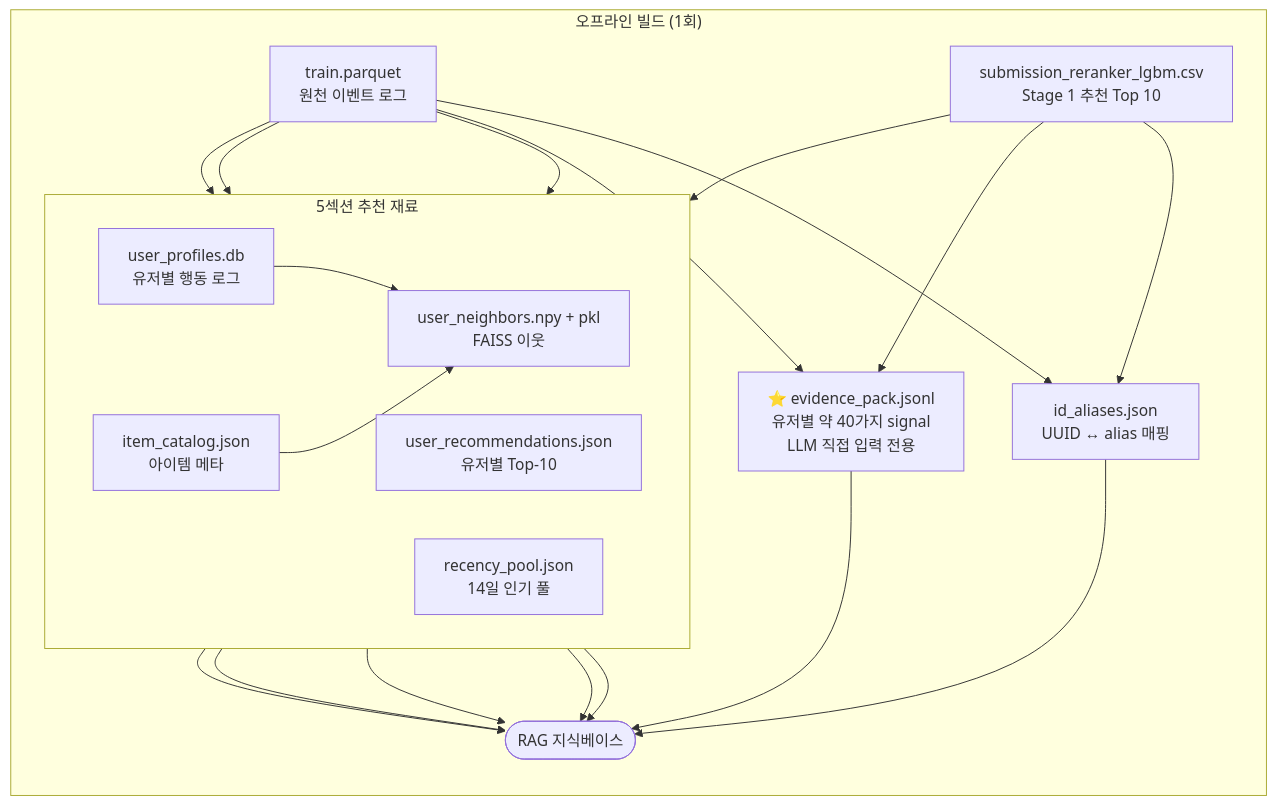
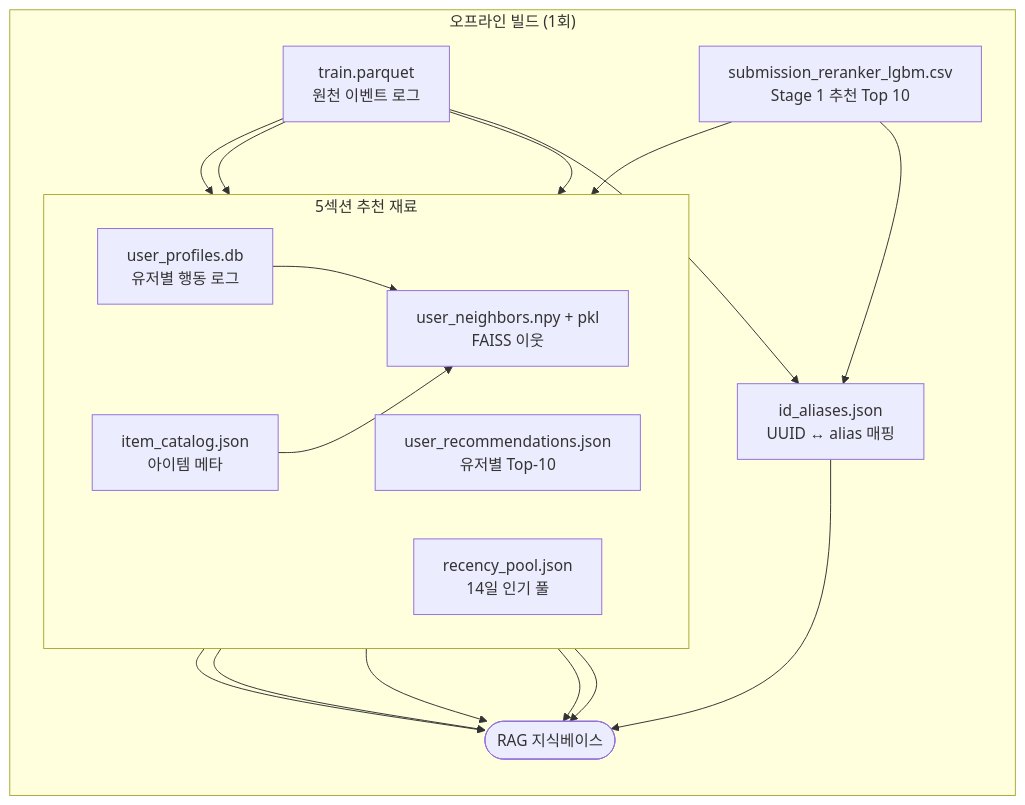
The second of 2 diagrams in service/README_mvp.md (yoon-chung/recsys-commerce), drawn with Mermaid before and after one commit. The commit also changed other lines of this file, not shown here.

````diff
--- a/service/README_mvp.md
+++ b/service/README_mvp.md
@@ -109,39 +109,35 @@
 ```mermaid
 flowchart TB
   subgraph BG["오프라인 빌드 (1회)"]
     direction TB
     T[train.parquet<br/>원천 이벤트 로그]
     S[submission_reranker_lgbm.csv<br/>Stage 1 추천 Top 10]
 
     T --> A[id_aliases.json<br/>UUID ↔ alias 매핑]
     S --> A
 
     subgraph REC["5섹션 추천 재료"]
       direction LR
       P[user_profiles.db<br/>유저별 행동 로그]
       C[item_catalog.json<br/>아이템 메타]
       R[user_recommendations.json<br/>유저별 Top-10]
       Y[recency_pool.json<br/>14일 인기 풀]
       F[user_neighbors.npy + pkl<br/>FAISS 이웃]
     end
 
     T --> P
     T --> C
     S --> R
     T --> Y
     P --> F
     C --> F
 
-    T --> E[⭐ evidence_pack.jsonl<br/>유저별 약 40가지 signal<br/>LLM 직접 입력 전용]
-    S --> E
-
     A --> KB
     P --> KB
     C --> KB
     R --> KB
     Y --> KB
     F --> KB
-    E --> KB
     KB([RAG 지식베이스])
   end
 ```
````
